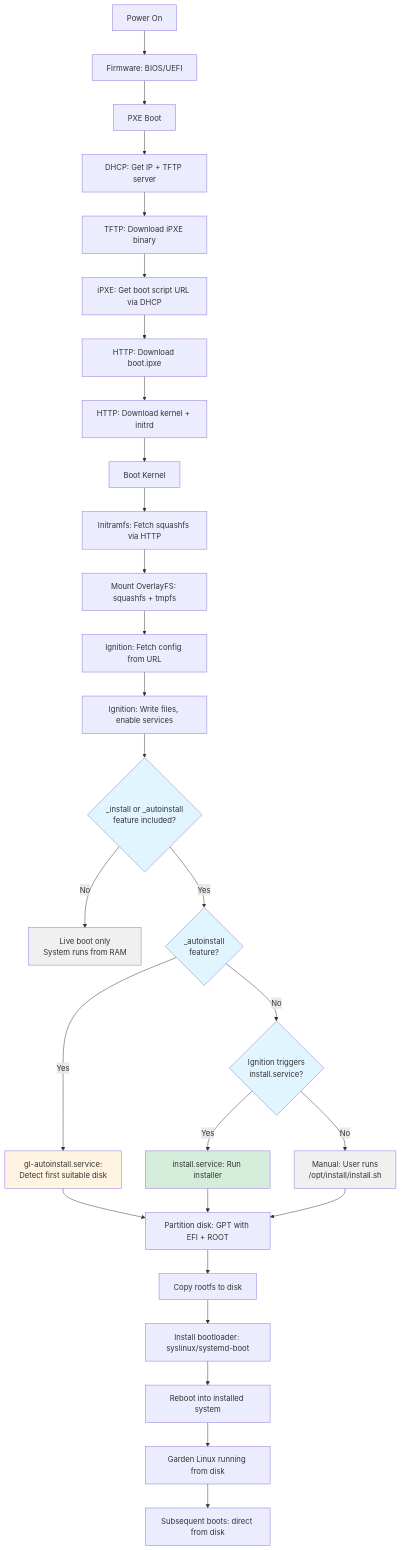
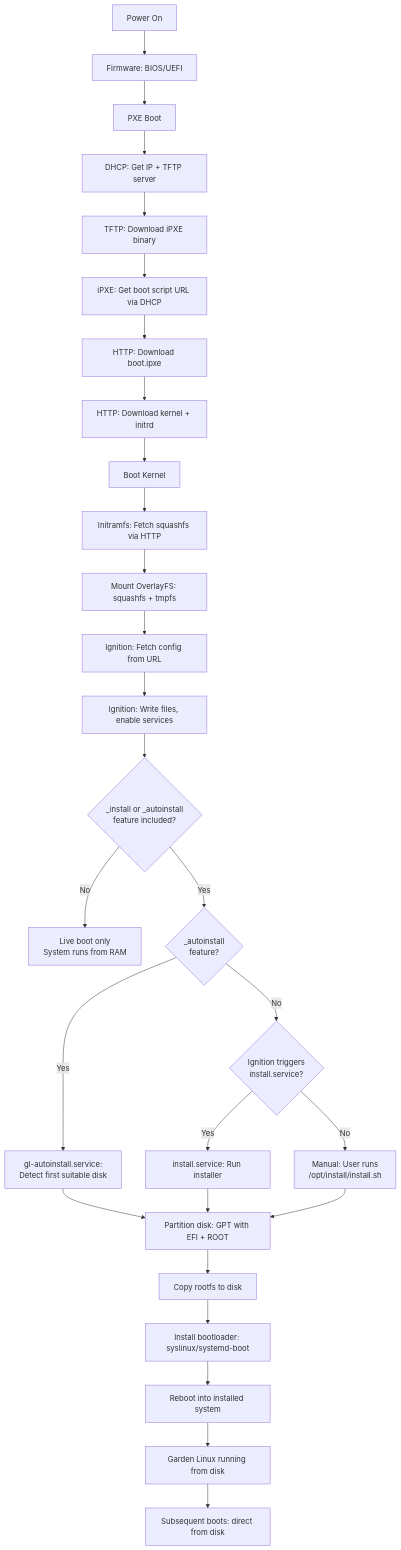
One commit to gardenlinux/gardenlinux changed the diagram in docs/how-to/installation/on-premises/pxe-boot.md. Above: the diagram before and after it, drawn with Mermaid. The commit also changed 4 other files, not shown here.

First line of the commit message:
docs: use canonical class names for all mermaid diagrams

````diff
--- a/docs/how-to/installation/on-premises/pxe-boot.md
+++ b/docs/how-to/installation/on-premises/pxe-boot.md
@@ -56,45 +56,44 @@
 ```mermaid
 flowchart TD
     A[Power On] --> B[Firmware: BIOS/UEFI]
     B --> C[PXE Boot]
     C --> D[DHCP: Get IP + TFTP server]
     D --> E[TFTP: Download iPXE binary]
     E --> F[iPXE: Get boot script URL via DHCP]
     F --> G[HTTP: Download boot.ipxe]
     G --> H[HTTP: Download kernel + initrd]
     H --> I[Boot Kernel]
     I --> J[Initramfs: Fetch squashfs via HTTP]
     J --> K[Mount OverlayFS: squashfs + tmpfs]
     K --> L[Ignition: Fetch config from URL]
     L --> M[Ignition: Write files, enable services]
 
     M --> InstallCheck{_install or _autoinstall<br/>feature included?}
 
     InstallCheck -->|No| LiveOnly[Live boot only<br/>System runs from RAM]
 
     InstallCheck -->|Yes| AutoCheck{_autoinstall<br/>feature?}
 
     AutoCheck -->|Yes| AutoService[gl-autoinstall.service:<br/>Detect first suitable disk]
     AutoCheck -->|No| ManualOrIgnition{Ignition triggers<br/>install.service?}
 
     ManualOrIgnition -->|Yes| IgnitionInstall[install.service: Run installer]
     ManualOrIgnition -->|No| ManualInstall[Manual: User runs<br/>/opt/install/install.sh]
 
     AutoService --> Partition[Partition disk: GPT with EFI + ROOT]
     IgnitionInstall --> Partition
     ManualInstall --> Partition
 
     Partition --> Copy[Copy rootfs to disk]
     Copy --> InstallBoot[Install bootloader: syslinux/systemd-boot]
     InstallBoot --> Reboot[Reboot into installed system]
     Reboot --> Running[Garden Linux running from disk]
     Running --> Subsequent[Subsequent boots: direct from disk]
 
-    style InstallCheck fill:#e1f5ff
-    style AutoCheck fill:#e1f5ff
-    style ManualOrIgnition fill:#e1f5ff
-    style LiveOnly fill:#f0f0f0
-    style AutoService fill:#fff4e1
-    style IgnitionInstall fill:#d4edda
-    style ManualInstall fill:#f0f0f0
+    class InstallCheck,AutoCheck,ManualOrIgnition decision
+    class AutoService input
+    class LiveOnly,ManualInstall process
+    class IgnitionInstall output
+    class A,B,C,D,E,F,G,H,I,J,K,L,M neutral
+    class Partition,Copy,InstallBoot,Reboot,Running,Subsequent neutral
 ```
````
